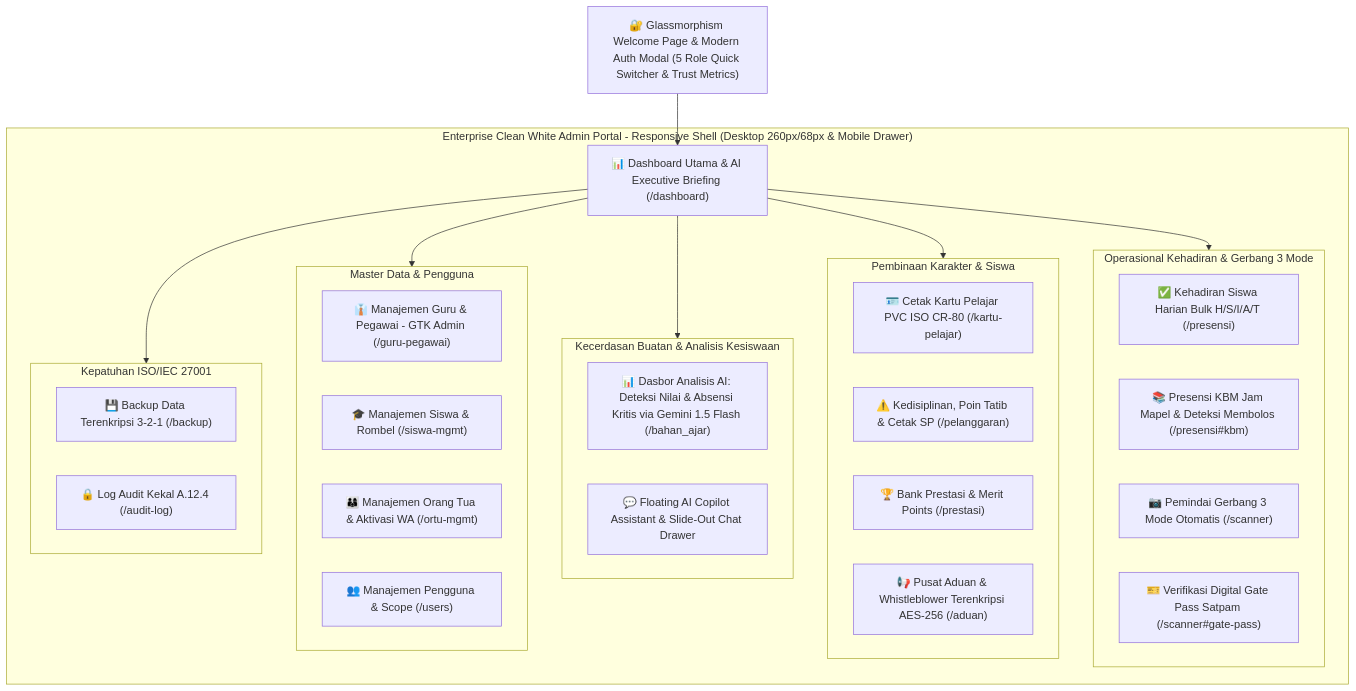
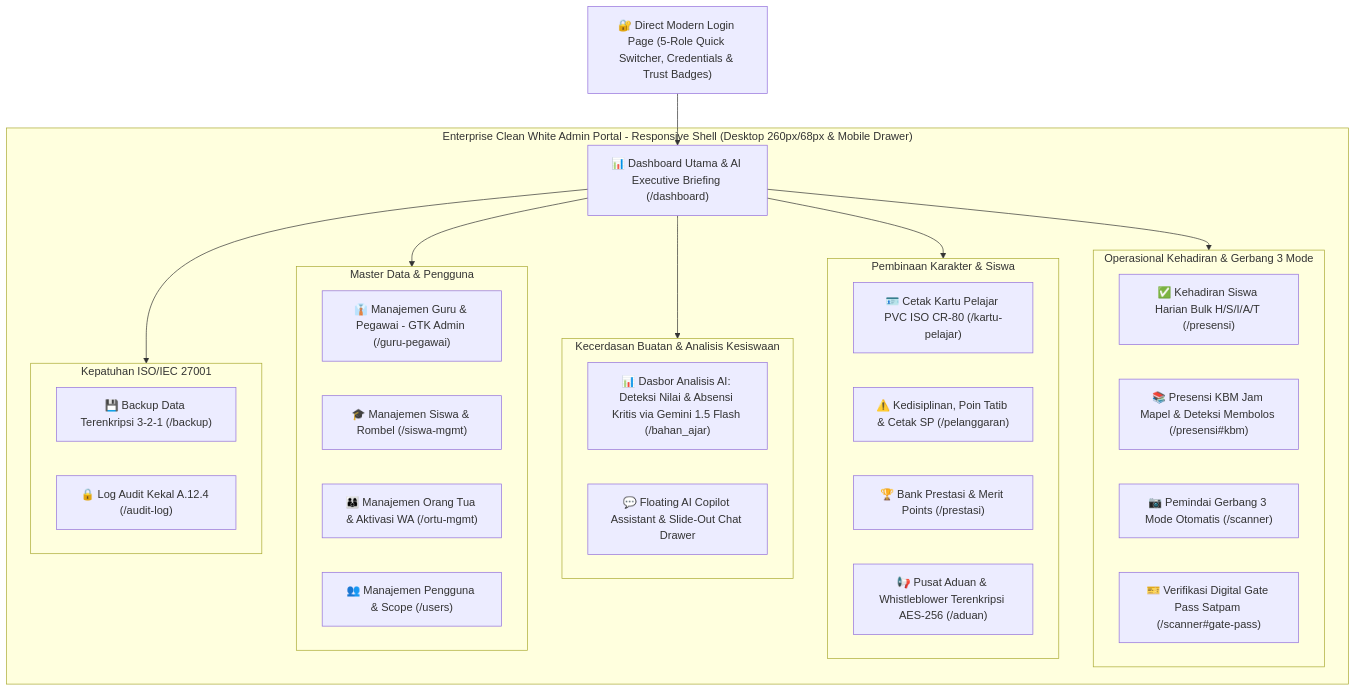
Before and after one commit to benny-abdullah/school_app: the diagram in plan/docs/05_DESIGN_UI.md, drawn with Mermaid. The commit also changed other lines of this file and 9 other files, not shown here.

First line of the commit message:
feat: replace welcome landing page with direct modern login page

````diff
--- a/plan/docs/05_DESIGN_UI.md
+++ b/plan/docs/05_DESIGN_UI.md
@@ -16,42 +16,42 @@
 ```mermaid
 graph TD
-    LOGIN["🔐 Glassmorphism Welcome Page & Modern Auth Modal (5 Role Quick Switcher & Trust Metrics)"]
+    LOGIN["🔐 Direct Modern Login Page (5-Role Quick Switcher, Credentials & Trust Badges)"]
 
     subgraph Internal_Portal ["Enterprise Clean White Admin Portal - Responsive Shell (Desktop 260px/68px & Mobile Drawer)"]
         DASH["📊 Dashboard Utama & AI Executive Briefing (/dashboard)"]
         
         subgraph Modul_Presensi ["Operasional Kehadiran & Gerbang 3 Mode"]
             ATT_DAY["✅ Kehadiran Siswa Harian Bulk H/S/I/A/T (/presensi)"]
             ATT_KBM["📚 Presensi KBM Jam Mapel & Deteksi Membolos (/presensi#kbm)"]
             SCAN_3M["📷 Pemindai Gerbang 3 Mode Otomatis (/scanner)"]
             GATE_PASS["🎫 Verifikasi Digital Gate Pass Satpam (/scanner#gate-pass)"]
         end
 
         subgraph Modul_Kesiswaan ["Pembinaan Karakter & Siswa"]
             CARD_GEN["🪪 Cetak Kartu Pelajar PVC ISO CR-80 (/kartu-pelajar)"]
             TATIB["⚠️ Kedisiplinan, Poin Tatib & Cetak SP (/pelanggaran)"]
             PRESTASI["🏆 Bank Prestasi & Merit Points (/prestasi)"]
             WHISTLE["📢 Pusat Aduan & Whistleblower Terenkripsi AES-256 (/aduan)"]
         end
 
         subgraph Modul_AI ["Kecerdasan Buatan & Analisis Kesiswaan"]
             AI_STUDIO["📊 Dasbor Analisis AI: Deteksi Nilai & Absensi Kritis via Gemini 1.5 Flash (/bahan_ajar)"]
             AI_COPILOT["💬 Floating AI Copilot Assistant & Slide-Out Chat Drawer"]
         end
 
         subgraph Modul_Master ["Master Data & Pengguna"]
             GTK["👔 Manajemen Guru & Pegawai - GTK Admin (/guru-pegawai)"]
             SISWA["🎓 Manajemen Siswa & Rombel (/siswa-mgmt)"]
             ORTU["👨‍👩‍👦 Manajemen Orang Tua & Aktivasi WA (/ortu-mgmt)"]
             USERS["👥 Manajemen Pengguna & Scope (/users)"]
         end
 
         subgraph Modul_Keamanan ["Kepatuhan ISO/IEC 27001"]
             BACKUP["💾 Backup Data Terenkripsi 3-2-1 (/backup)"]
             AUDIT["🔒 Log Audit Kekal A.12.4 (/audit-log)"]
         end
     end
 
     LOGIN --> DASH
     DASH --> Modul_Presensi & Modul_Kesiswaan & Modul_AI & Modul_Master & Modul_Keamanan
 ```
````
